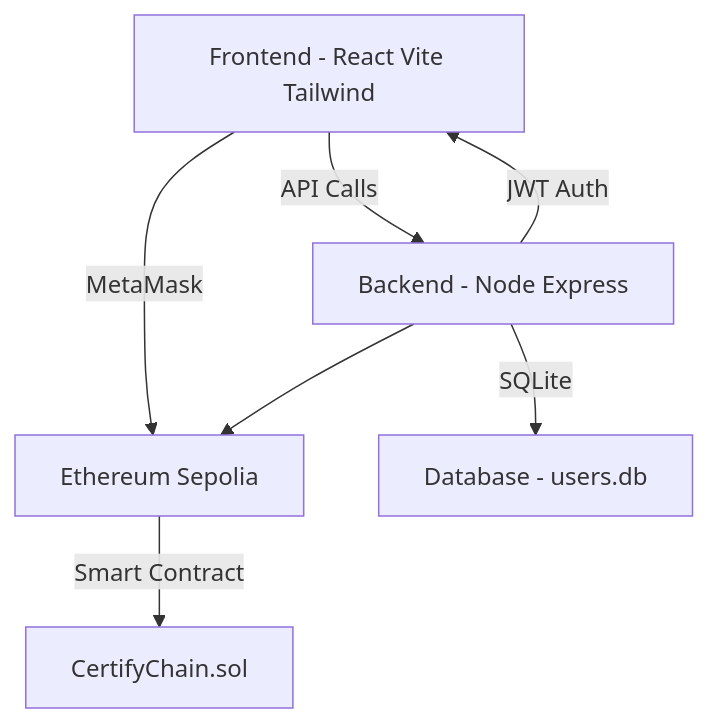
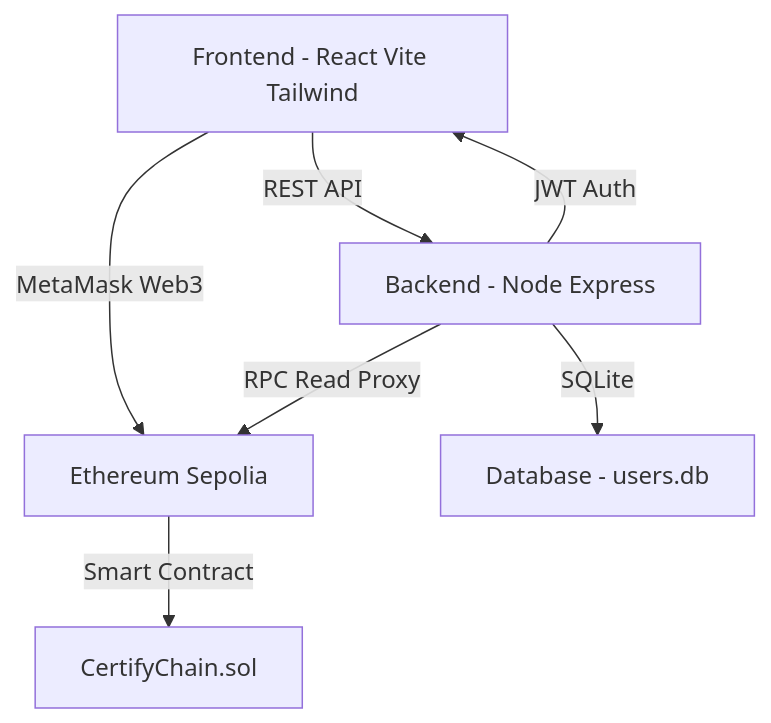
Before and after one commit to Blackx16/hexledger: the diagram in README.md, drawn with Mermaid. The commit also changed other lines of this file and 6 other files, not shown here.

````diff
--- a/README.md
+++ b/README.md
@@ -85,10 +85,9 @@
 ```mermaid
 graph TD
-    A[Frontend - React Vite Tailwind] -->|API Calls| B[Backend - Node Express]
-    A -->|MetaMask| C[Ethereum Sepolia]
+    A[Frontend - React Vite Tailwind] -->|REST API| B[Backend - Node Express]
+    A -->|MetaMask Web3| C[Ethereum Sepolia]
     B -->|SQLite| D[Database - users.db]
-    B --> C
+    B -->|RPC Read Proxy| C
     B -->|JWT Auth| A
     C -->|Smart Contract| E[CertifyChain.sol]
-
 ```
````
